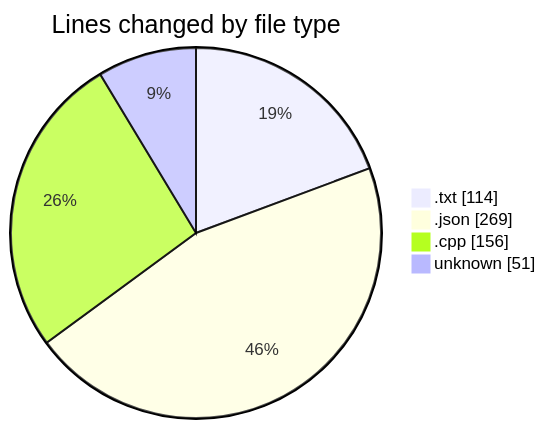
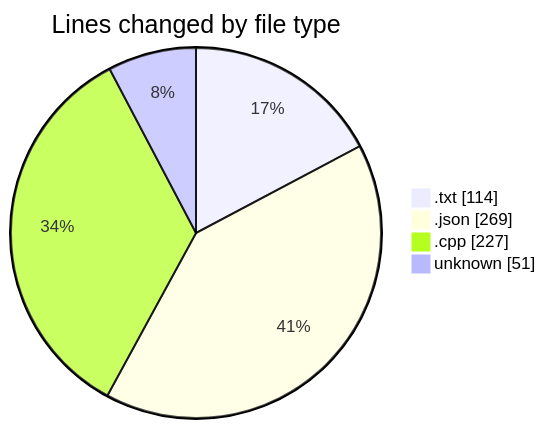
The first of 2 diagrams in 2025-04-07/echo/README.md (Netris89/code-tracking), drawn with Mermaid before and after one commit. The commit also changed other lines of this file and 1 other file, not shown here.

````diff
--- a/2025-04-07/echo/README.md
+++ b/2025-04-07/echo/README.md
@@ -24,8 +24,8 @@
 ```mermaid
 pie showData
 title Lines changed by file type
 ".txt" : 114
 ".json" : 269
-".cpp" : 156
+".cpp" : 227
 "unknown" : 51
 ```
````
